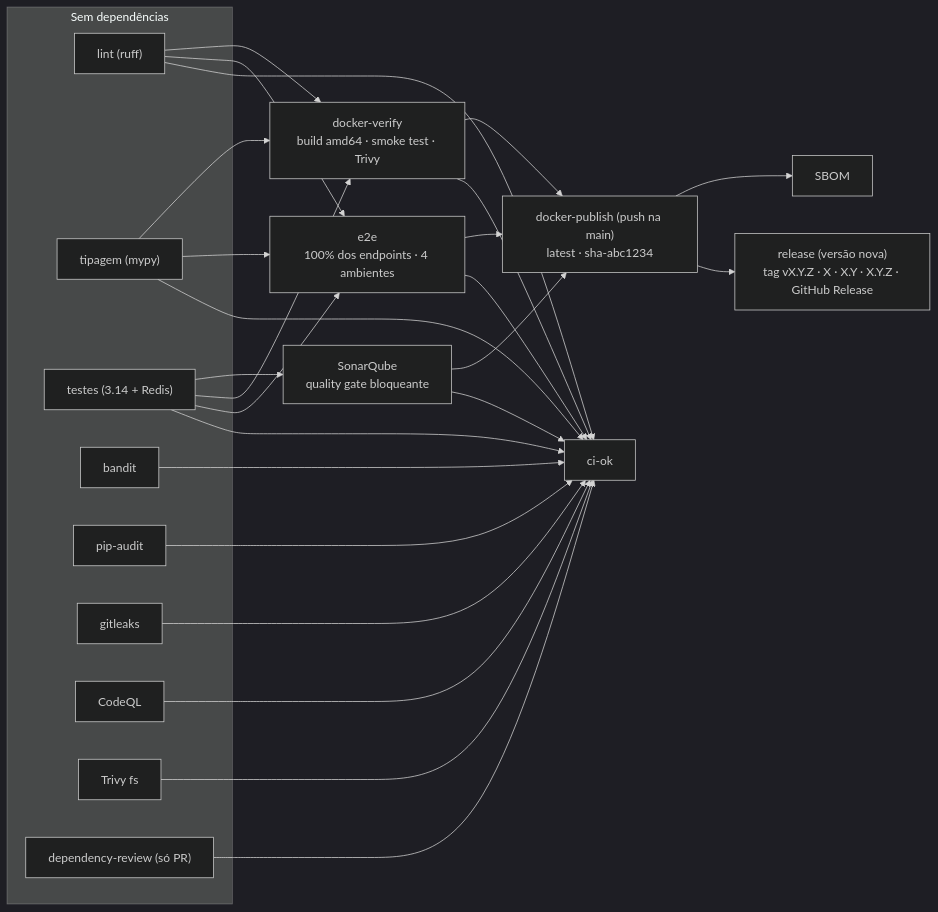
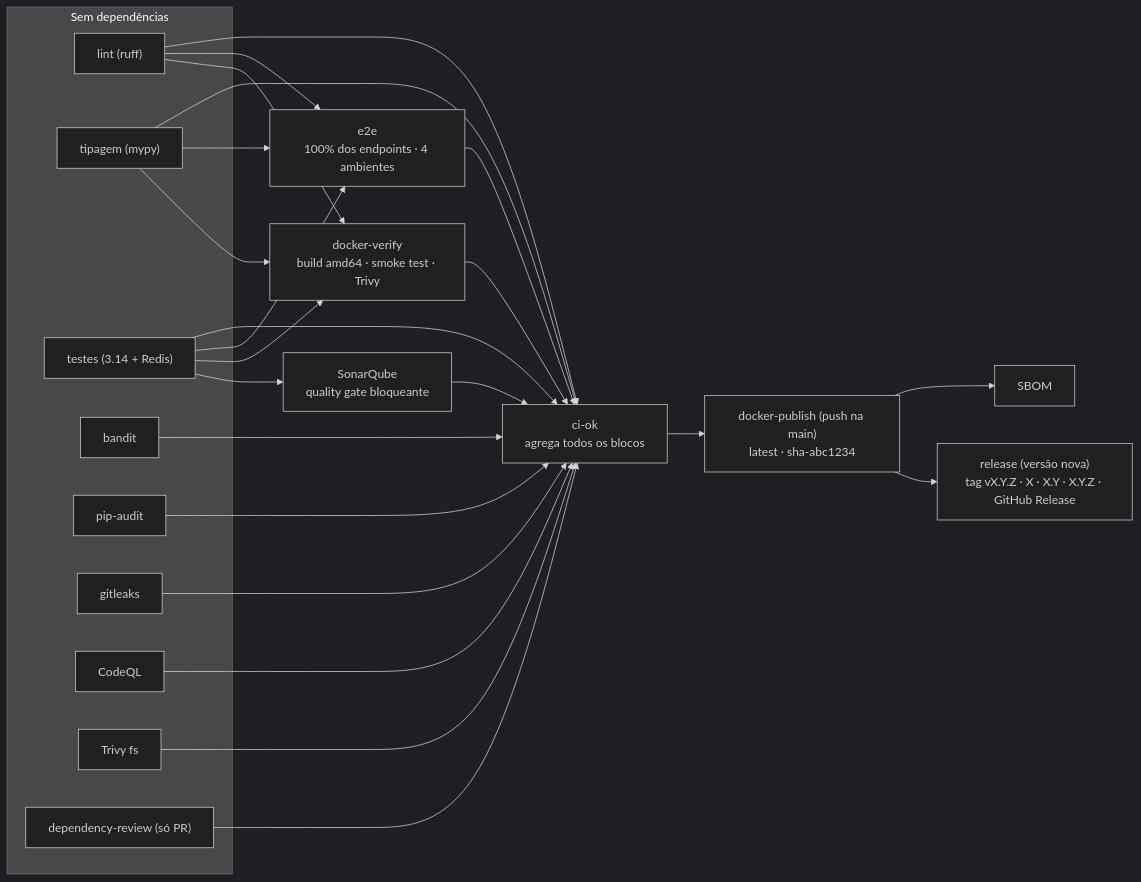
One commit to rlquilez/b3datetime changed the sixth of 7 diagrams in README.md. Above: the diagram before and after it, drawn with Mermaid (dark theme). The commit also changed other lines of this file and 2 other files, not shown here.

Commit message:
ci: publicar só com todos os blocos aprovados e endurecer o workflow
O docker-publish passa a depender do ci-ok. Antes dependia só de
docker-verify, e2e e sonar: um bandit, CodeQL, gitleaks, Trivy fs ou
pip-audit reprovado ainda deixava o latest ir para produção.

O ci-ok aceita skipped só onde o pulo é o desenho (dependency-review
sempre; sonar fora de push) e escreve a tabela de blocos no resumo
do run. Também: actions fixadas por SHA de commit, persist-credentials
false nos checkouts, timeout-minutes em todos os jobs, toJSON(needs)
via env e jobs nomeados como 'Bloco · ferramenta'.

Refs #51

Claude-Session: https://claude.ai/code/session_019jMyTWGqRQHnsojiU7GEKw

````diff
--- a/README.md
+++ b/README.md
@@ -867,20 +867,20 @@
 ```mermaid
 flowchart LR
     subgraph paralelo["Sem dependências"]
         lint["lint (ruff)"]
         typecheck["tipagem (mypy)"]
         test["testes (3.14 + Redis)"]
         bandit["bandit"]
         pipaudit["pip-audit"]
         gitleaks["gitleaks"]
         codeql["CodeQL"]
         trivyfs["Trivy fs"]
         depreview["dependency-review (só PR)"]
     end
     test --> sonar["SonarQube<br/>quality gate bloqueante"]
     lint & typecheck & test --> dv["docker-verify<br/>build amd64 · smoke test · Trivy"]
     lint & typecheck & test --> e2e["e2e<br/>100% dos endpoints · 4 ambientes"]
-    dv & e2e & sonar --> pub["docker-publish (push na main)<br/>latest · sha-abc1234"] --> sbom["SBOM"]
     pub --> rel["release (versão nova)<br/>tag vX.Y.Z · X · X.Y · X.Y.Z · GitHub Release"]
-    lint & typecheck & test & sonar & bandit & pipaudit & gitleaks & codeql & trivyfs & dv & e2e & depreview --> ok["ci-ok"]
+    lint & typecheck & test & sonar & bandit & pipaudit & gitleaks & codeql & trivyfs & dv & e2e & depreview --> ok["ci-ok<br/>agrega todos os blocos"]
+    ok --> pub["docker-publish (push na main)<br/>latest · sha-abc1234"] --> sbom["SBOM"]
 ```
````
